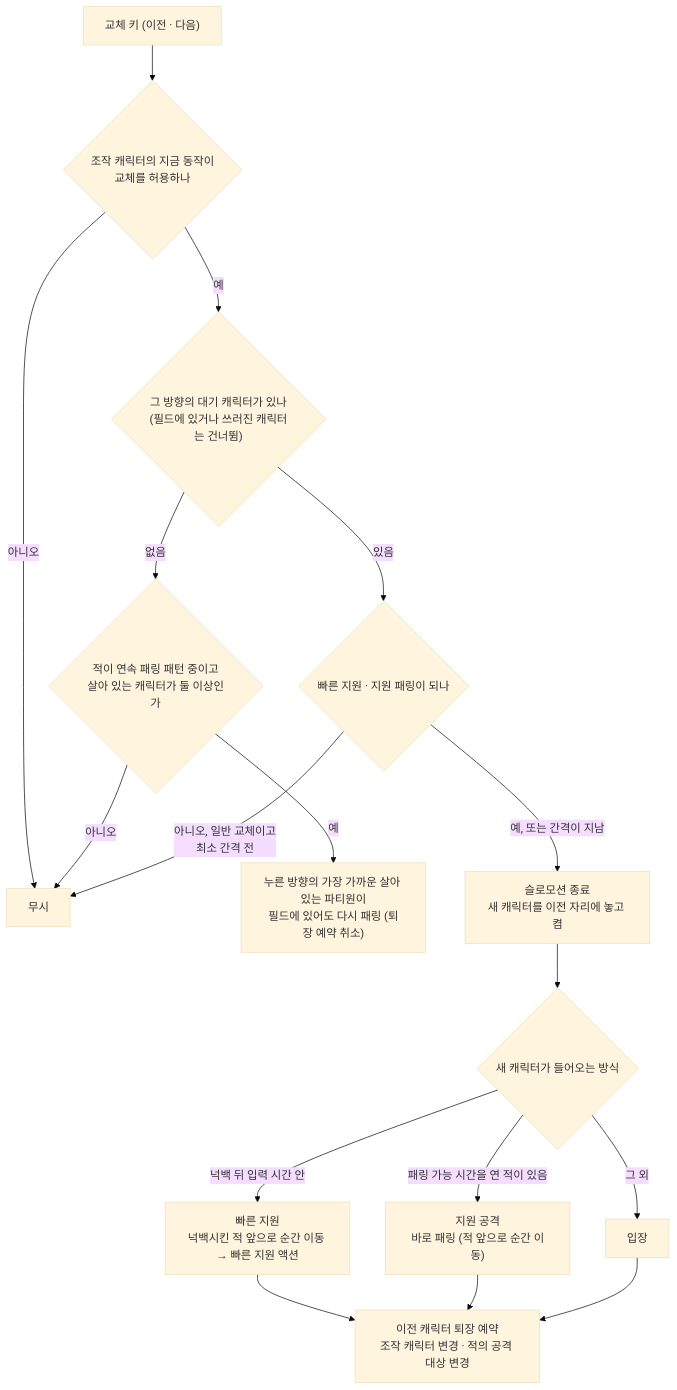
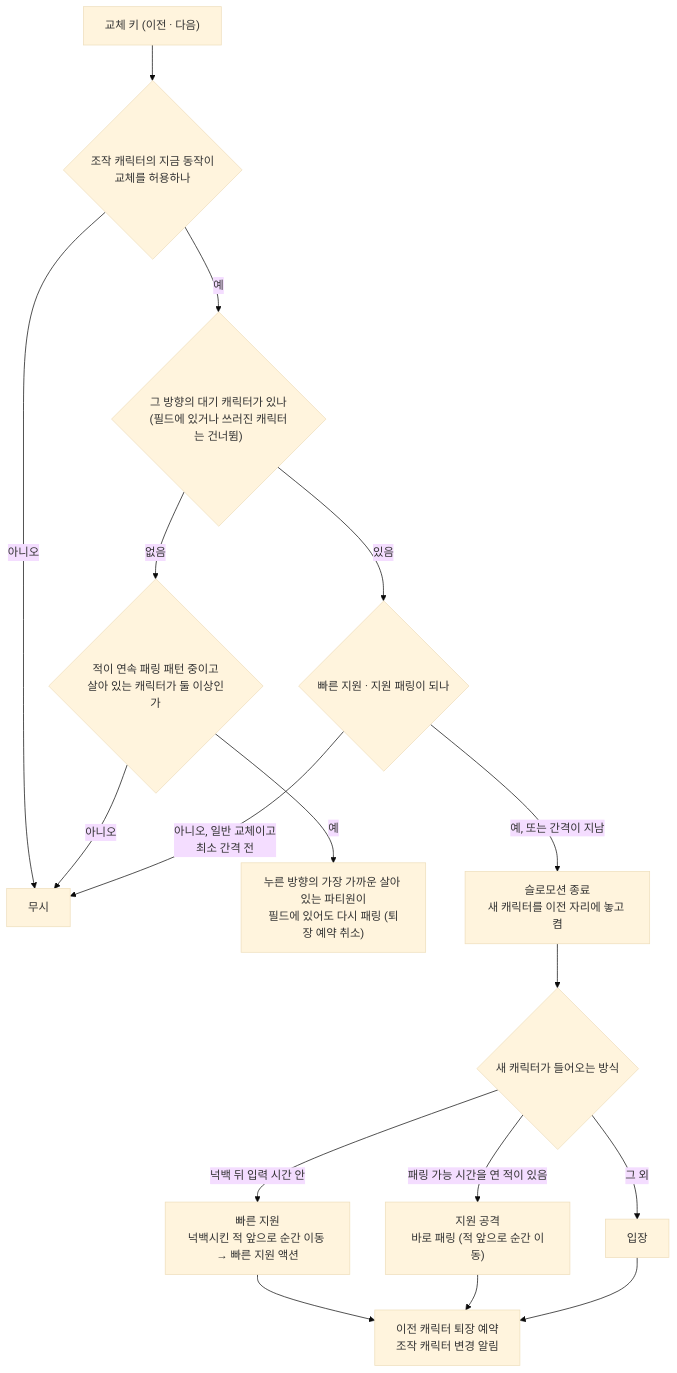
One commit to SquashPrince/Develrocket_mp15_HHH changed the second of 5 diagrams in Docs/Technical/Player/PlayerParty.md. Above: the diagram before and after it, drawn with Mermaid (base theme). The commit also changed other lines of this file and 6 other files, not shown here.

````diff
--- a/Docs/Technical/Player/PlayerParty.md
+++ b/Docs/Technical/Player/PlayerParty.md
@@ -44,17 +44,17 @@
 ```mermaid
 flowchart TD
     K["교체 키 (이전 · 다음)"] --> A{"조작 캐릭터의 지금 동작이<br>교체를 허용하나"}
     A -->|"아니오"| X["무시"]
     A -->|"예"| F{"그 방향의 대기 캐릭터가 있나<br>(필드에 있거나 쓰러진 캐릭터는 건너뜀)"}
     F -->|"없음"| CH{"적이 연속 패링 패턴 중이고<br>살아 있는 캐릭터가 둘 이상인가"}
     CH -->|"아니오"| X
     CH -->|"예"| RP["누른 방향의 가장 가까운 살아 있는 파티원이<br>필드에 있어도 다시 패링 (퇴장 예약 취소)"]
     F -->|"있음"| G{"빠른 지원 · 지원 패링이 되나"}
     G -->|"아니오, 일반 교체이고<br>최소 간격 전"| X
     G -->|"예, 또는 간격이 지남"| S["슬로모션 종료<br>새 캐릭터를 이전 자리에 놓고 켬"]
     S --> D{"새 캐릭터가 들어오는 방식"}
     D -->|"넉백 뒤 입력 시간 안"| Q["빠른 지원<br>넉백시킨 적 앞으로 순간 이동 → 빠른 지원 액션"]
     D -->|"패링 가능 시간을 연 적이 있음"| PA["지원 공격<br>바로 패링 (적 앞으로 순간 이동)"]
     D -->|"그 외"| IN["입장"]
-    Q & PA & IN --> O["이전 캐릭터 퇴장 예약<br>조작 캐릭터 변경 · 적의 공격 대상 변경"]
+    Q & PA & IN --> O["이전 캐릭터 퇴장 예약<br>조작 캐릭터 변경 알림"]
 ```
````
